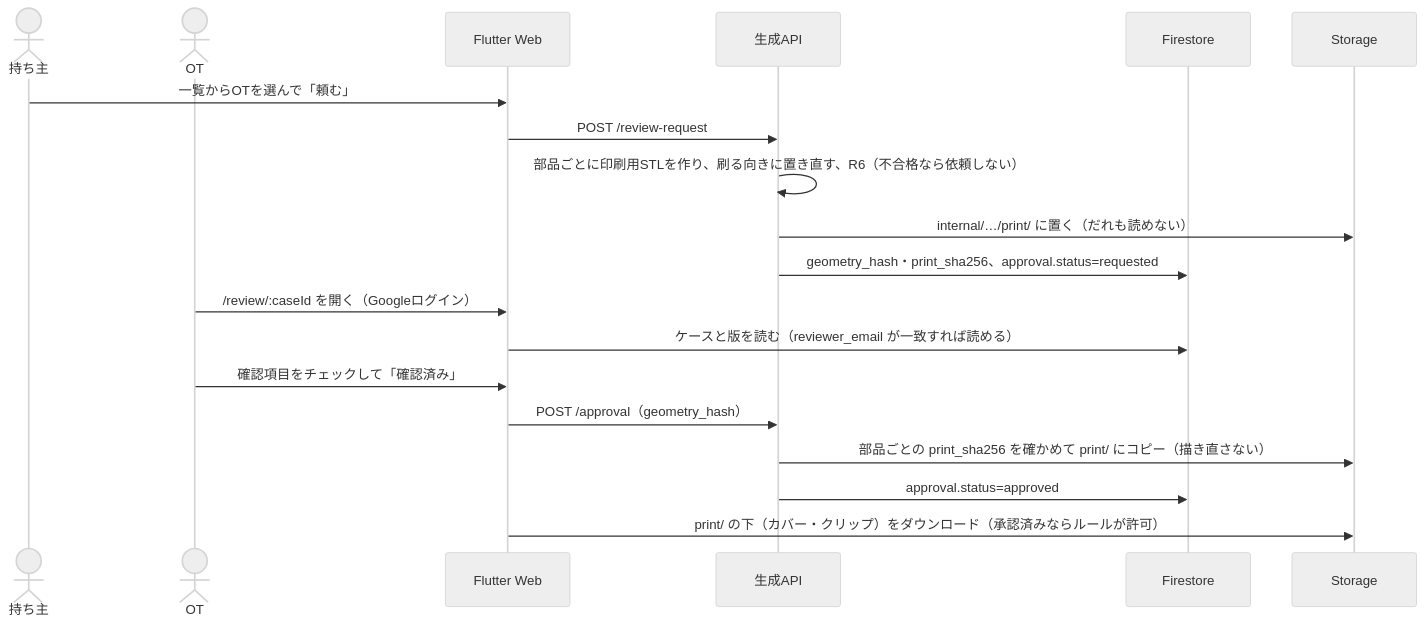
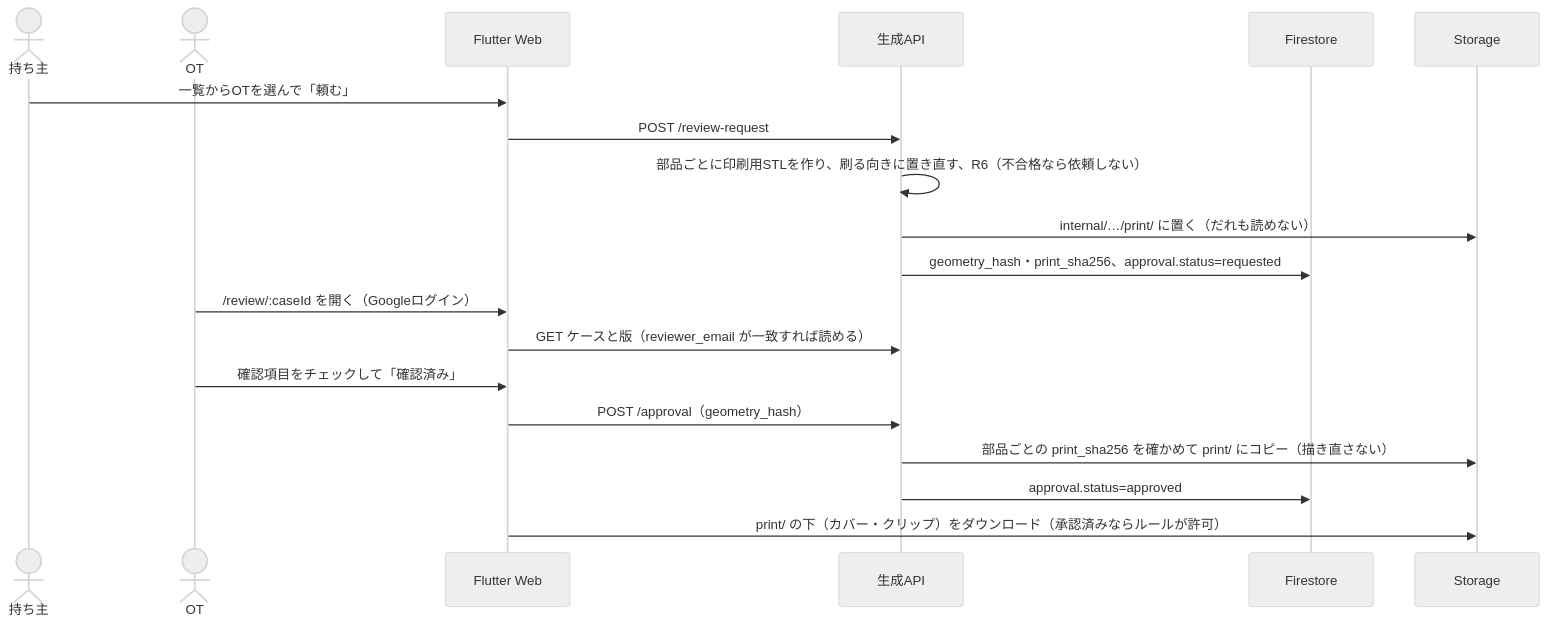
The fourth of 4 diagrams in docs/architecture.md (Devfest-Hackathon-2026/df-2026-t101), drawn with Mermaid (neutral theme) before and after one commit. The commit also changed other lines of this file and 11 other files, not shown here.

````diff
--- a/docs/architecture.md
+++ b/docs/architecture.md
@@ -176,21 +179,21 @@
 ```mermaid
 sequenceDiagram
   actor U as 持ち主
   actor OT as OT
   participant App as Flutter Web
   participant API as 生成API
   participant FS as Firestore
   participant ST as Storage
   U->>App: 一覧からOTを選んで「頼む」
   App->>API: POST /review-request
   API->>API: 部品ごとに印刷用STLを作り、刷る向きに置き直す、R6（不合格なら依頼しない）
   API->>ST: internal/…/print/ に置く（だれも読めない）
   API->>FS: geometry_hash・print_sha256、approval.status=requested
   OT->>App: /review/:caseId を開く（Googleログイン）
-  App->>FS: ケースと版を読む（reviewer_email が一致すれば読める）
+  App->>API: GET ケースと版（reviewer_email が一致すれば読める）
   OT->>App: 確認項目をチェックして「確認済み」
   App->>API: POST /approval（geometry_hash）
   API->>ST: 部品ごとの print_sha256 を確かめて print/ にコピー（描き直さない）
   API->>FS: approval.status=approved
   App->>ST: print/ の下（カバー・クリップ）をダウンロード（承認済みならルールが許可）
 ```
````
